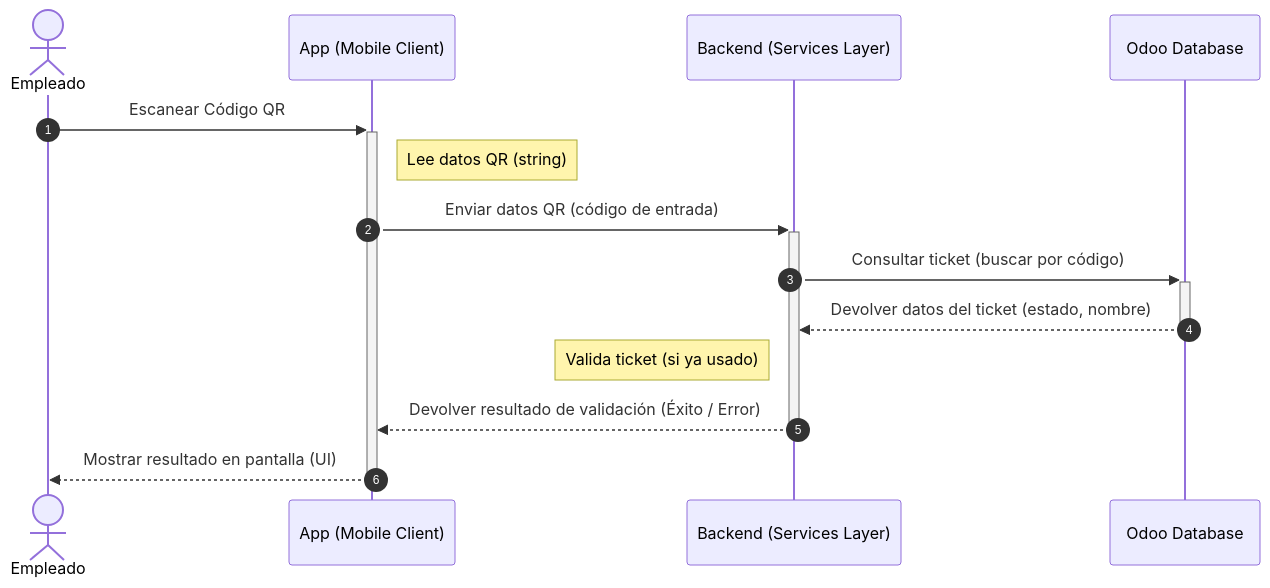
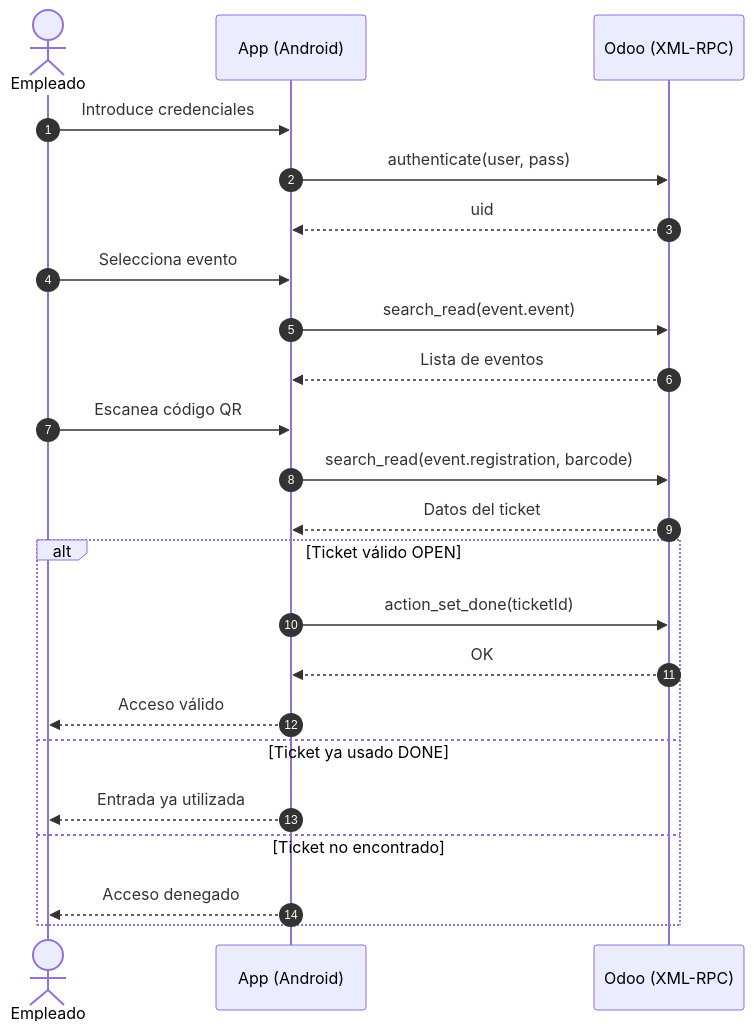
Before and after one commit to ManuelPavonBuendia/AppEntradas: the first of 9 diagrams in README.md, drawn with Mermaid. The commit also changed other lines of this file, not shown here.

First line of the commit message:
README for Eventum app details and features

````diff
--- a/README.md
+++ b/README.md
@@ -10,17 +26,29 @@
 ```mermaid
 sequenceDiagram
     autonumber
-    actor Empleado as Empleado
-    participant App as App (Mobile Client)
-    participant Sistema as Backend (Services Layer)
-    participant Odoo as Odoo Database
+    actor Empleado
+    participant App as App (Android)
+    participant Odoo as Odoo (XML-RPC)
 
-    Empleado->>+App: Escanear Código QR
-    Note right of App: Lee datos QR (string)
-    App->>+Sistema: Enviar datos QR (código de entrada)
-    Sistema->>+Odoo: Consultar ticket (buscar por código)
-    Odoo-->>-Sistema: Devolver datos del ticket (estado, nombre)
-    Note left of Sistema: Valida ticket (si ya usado)
-    Sistema-->>-App: Devolver resultado de validación (Éxito / Error)
-    App-->>-Empleado: Mostrar resultado en pantalla (UI)
+    Empleado->>App: Introduce credenciales
+    App->>Odoo: authenticate(user, pass)
+    Odoo-->>App: uid
+
+    Empleado->>App: Selecciona evento
+    App->>Odoo: search_read(event.event)
+    Odoo-->>App: Lista de eventos
+
+    Empleado->>App: Escanea código QR
+    App->>Odoo: search_read(event.registration, barcode)
+    Odoo-->>App: Datos del ticket
+
+    alt Ticket válido OPEN
+        App->>Odoo: action_set_done(ticketId)
+        Odoo-->>App: OK
+        App-->>Empleado: Acceso válido
+    else Ticket ya usado DONE
+        App-->>Empleado: Entrada ya utilizada
+    else Ticket no encontrado
+        App-->>Empleado: Acceso denegado
+    end
 ```
````
